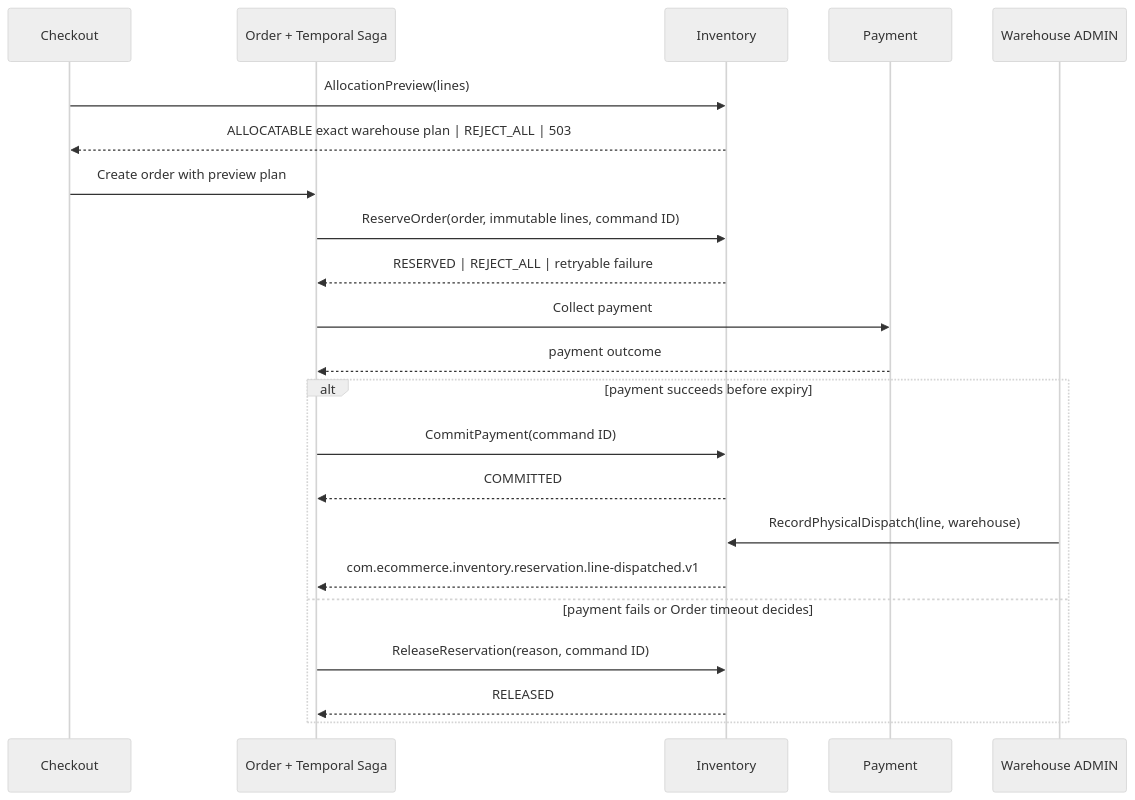
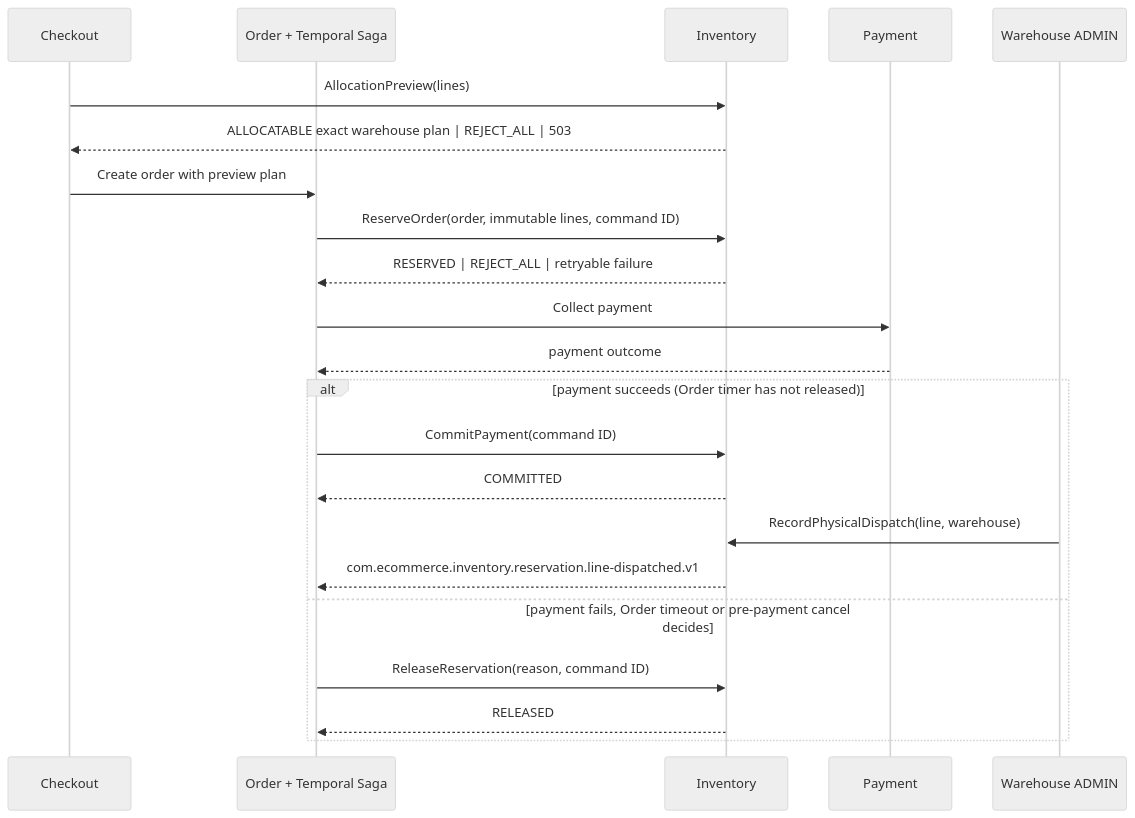
Before and after one commit to quangdung2110/e-commerce-microservices: the first of 2 diagrams in docs/inventory/workflows.md, drawn with Mermaid (neutral theme). The commit also changed other lines of this file and 23 other files, not shown here.

````diff
--- a/docs/inventory/workflows.md
+++ b/docs/inventory/workflows.md
@@ -9,25 +9,25 @@
 ```mermaid
 sequenceDiagram
   participant C as Checkout
   participant O as Order + Temporal Saga
   participant I as Inventory
   participant P as Payment
   participant A as Warehouse ADMIN
 
   C->>I: AllocationPreview(lines)
   I-->>C: ALLOCATABLE exact warehouse plan | REJECT_ALL | 503
   C->>O: Create order with preview plan
   O->>I: ReserveOrder(order, immutable lines, command ID)
   I-->>O: RESERVED | REJECT_ALL | retryable failure
   O->>P: Collect payment
   P-->>O: payment outcome
-  alt payment succeeds before expiry
+  alt payment succeeds (Order timer has not released)
     O->>I: CommitPayment(command ID)
     I-->>O: COMMITTED
     A->>I: RecordPhysicalDispatch(line, warehouse)
     I-->>O: com.ecommerce.inventory.reservation.line-dispatched.v1
-  else payment fails or Order timeout decides
+  else payment fails, Order timeout or pre-payment cancel decides
     O->>I: ReleaseReservation(reason, command ID)
     I-->>O: RELEASED
   end
 ```
````
